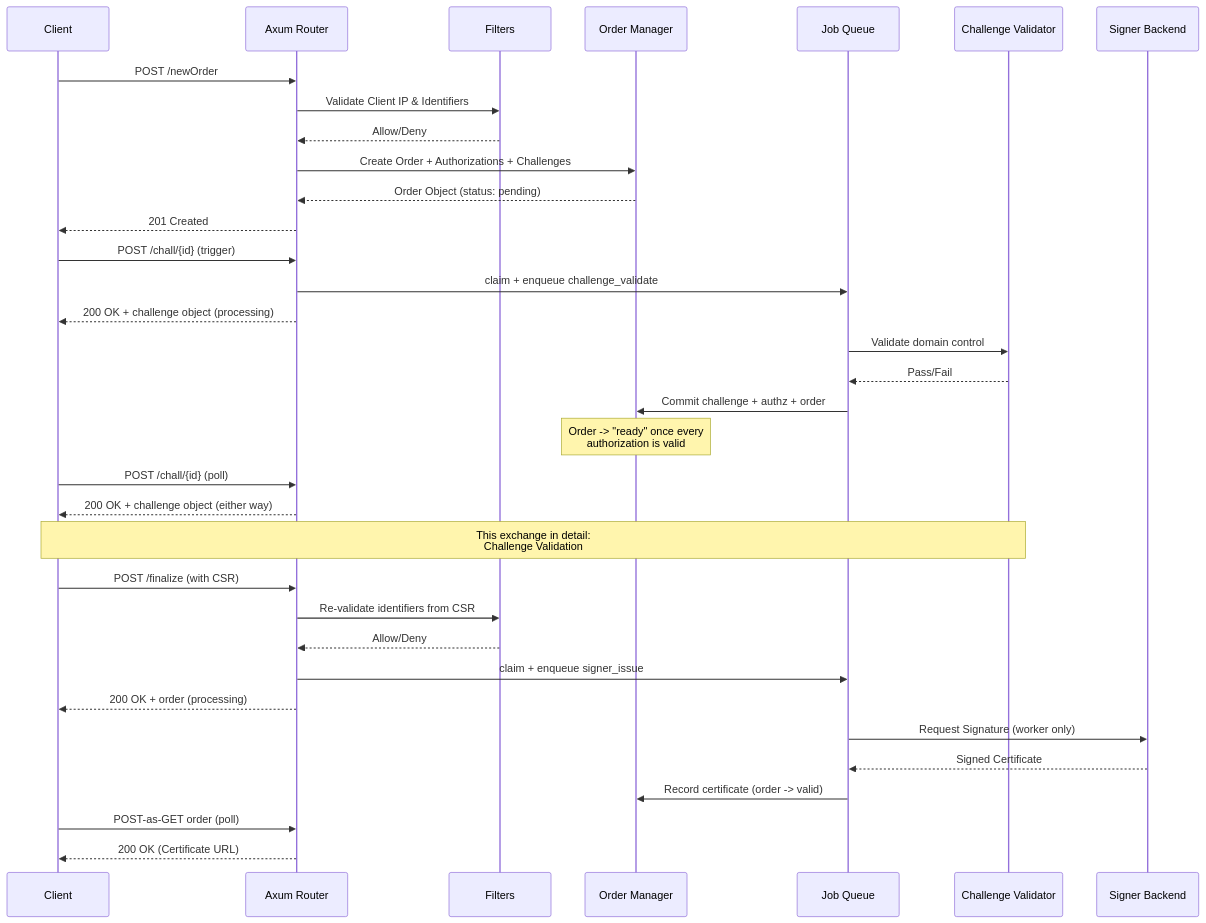
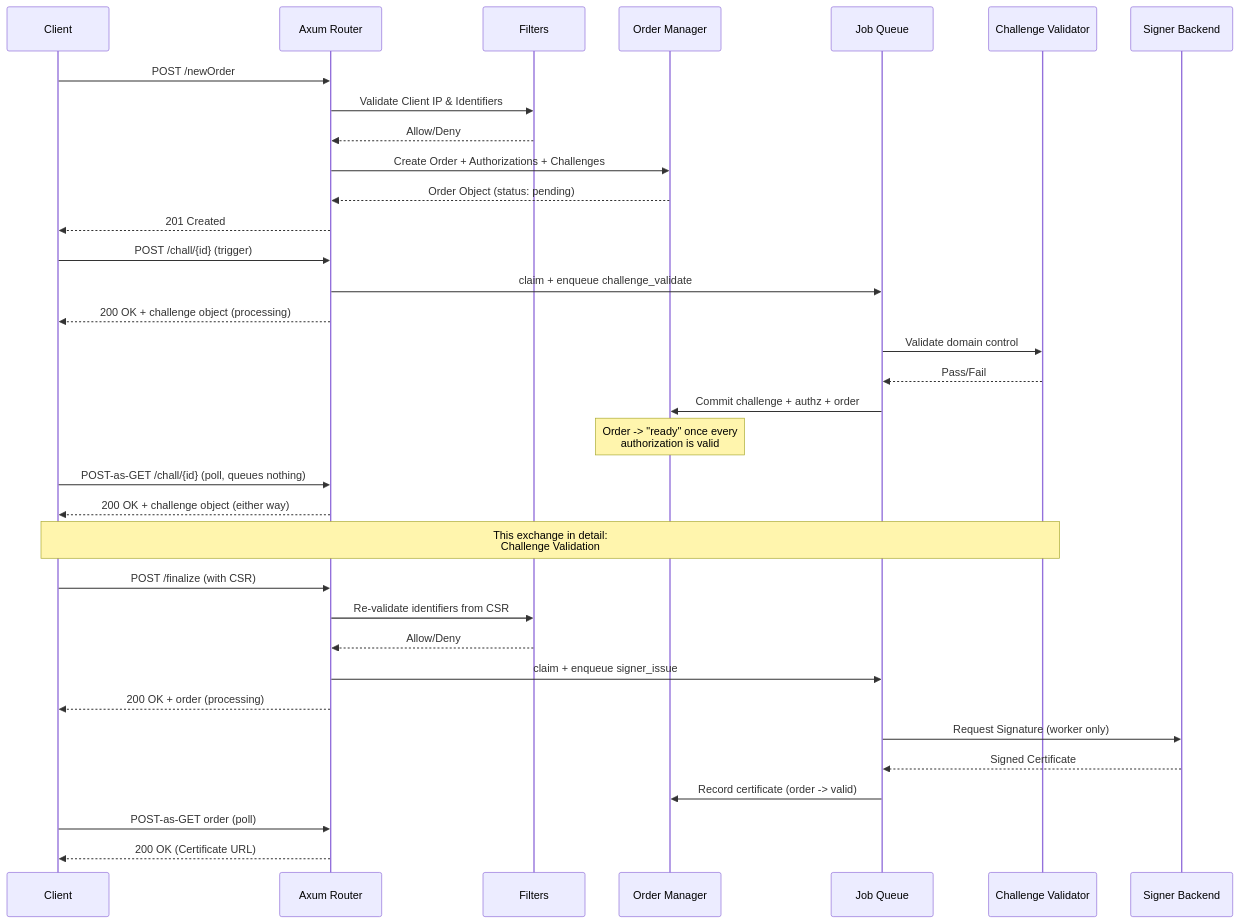
The second of 3 diagrams in doc/src/dev/architecture.md (acme-proxy/acme-proxy), drawn with Mermaid before and after one commit. The commit also changed other lines of this file and 8 other files, not shown here.

First line of the commit message:
Challenge URL answers POST-as-GET (#15)

````diff
--- a/doc/src/dev/architecture.md
+++ b/doc/src/dev/architecture.md
@@ -176,39 +177,39 @@
 ```mermaid
 sequenceDiagram
     participant Client
     participant Axum Router
     participant Filters
     participant Order Manager
     participant Job Queue
     participant Challenge Validator
     participant Signer Backend
 
     Client->>Axum Router: POST /newOrder
     Axum Router->>Filters: Validate Client IP & Identifiers
     Filters-->>Axum Router: Allow/Deny
     Axum Router->>Order Manager: Create Order + Authorizations + Challenges
     Order Manager-->>Axum Router: Order Object (status: pending)
     Axum Router-->>Client: 201 Created
 
     Client->>Axum Router: POST /chall/{id} (trigger)
     Axum Router->>Job Queue: claim + enqueue challenge_validate
     Axum Router-->>Client: 200 OK + challenge object (processing)
     Job Queue->>Challenge Validator: Validate domain control
     Challenge Validator-->>Job Queue: Pass/Fail
     Job Queue->>Order Manager: Commit challenge + authz + order
     Note over Order Manager: Order -> "ready" once every<br/>authorization is valid
-    Client->>Axum Router: POST /chall/{id} (poll)
+    Client->>Axum Router: POST-as-GET /chall/{id} (poll, queues nothing)
     Axum Router-->>Client: 200 OK + challenge object (either way)
     Note over Client,Challenge Validator: This exchange in detail:<br/>Challenge Validation
 
     Client->>Axum Router: POST /finalize (with CSR)
     Axum Router->>Filters: Re-validate identifiers from CSR
     Filters-->>Axum Router: Allow/Deny
     Axum Router->>Job Queue: claim + enqueue signer_issue
     Axum Router-->>Client: 200 OK + order (processing)
     Job Queue->>Signer Backend: Request Signature (worker only)
     Signer Backend-->>Job Queue: Signed Certificate
     Job Queue->>Order Manager: Record certificate (order -> valid)
     Client->>Axum Router: POST-as-GET order (poll)
     Axum Router-->>Client: 200 OK (Certificate URL)
 ```
````
